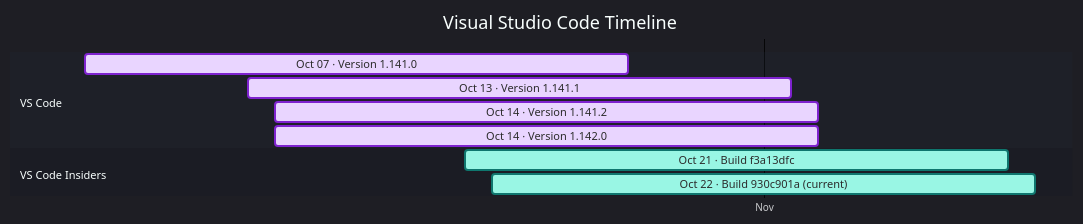
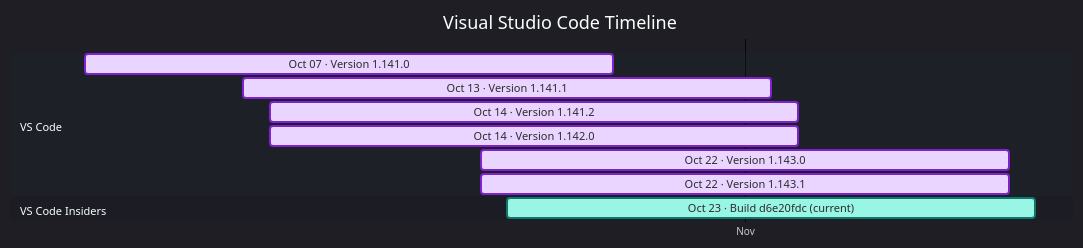
Before and after one commit to Oxelya-DevTools/VisualStudioUpdate: the diagram in docs/vscode.md, drawn with Mermaid. The commit also changed other lines of this file and 1 other file, not shown here.

````diff
--- a/docs/vscode.md
+++ b/docs/vscode.md
@@ -9,16 +9,17 @@
 ```mermaid
 %%{init: {'theme':'dark','themeVariables': { 'fontFamily': 'Segoe UI', 'fontSize': '24px', 'textColor': '#F3F4F6', 'titleTextColor': '#FFFFFF', 'taskTextColor': '#111827', 'taskTextLightColor': '#111827', 'taskTextOutsideColor': '#F3F4F6', 'taskBkgColor': '#BAE6FD', 'taskBorderColor': '#0369A1', 'doneTaskBkgColor': '#E9D5FF', 'doneTaskBorderColor': '#7E22CE', 'activeTaskBkgColor': '#99F6E4', 'activeTaskBorderColor': '#0F766E', 'critTaskBkgColor': '#FED7AA', 'critTaskBorderColor': '#C2410C', 'sectionBkgColor': '#1F2937', 'altSectionBkgColor': '#111827', 'gridColor': '#4B5563', 'todayLineColor': '#F87171' }}}%%
 gantt
     title Visual Studio Code Timeline
     dateFormat  YYYY-MM-DD
     axisFormat  %b
     tickInterval 1month
     section VS Code
     Oct 07 · Version 1.141.0 : done, vscode202610070, 2026-10-07, 20d
     Oct 13 · Version 1.141.1 : done, vscode202610131, 2026-10-13, 20d
     Oct 14 · Version 1.141.2 : done, vscode202610142, 2026-10-14, 20d
     Oct 14 · Version 1.142.0 : done, vscode202610143, 2026-10-14, 20d
+    Oct 22 · Version 1.143.0 : done, vscode202610224, 2026-10-22, 20d
+    Oct 22 · Version 1.143.1 : done, vscode202610225, 2026-10-22, 20d
     section VS Code Insiders
-    Oct 21 · Build f3a13dfc : active, vscodeinsiders202610210, 2026-10-21, 20d
-    Oct 22 · Build 930c901a (current) : active, vscodeinsiders202610221, 2026-10-22, 20d
+    Oct 23 · Build d6e20fdc (current) : active, vscodeinsiders202610230, 2026-10-23, 20d
 ```
````
